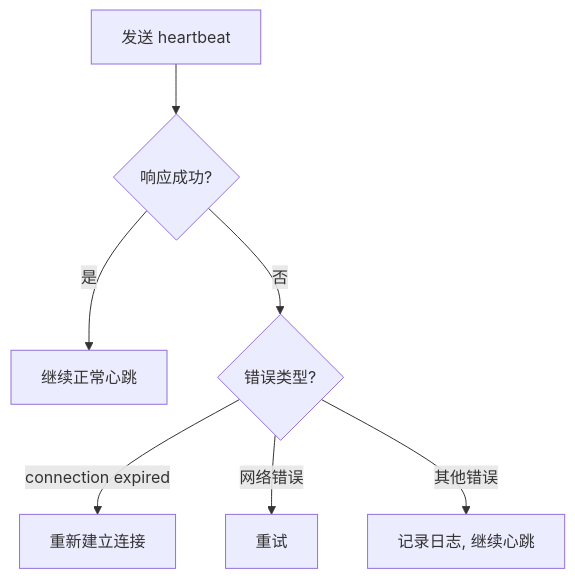
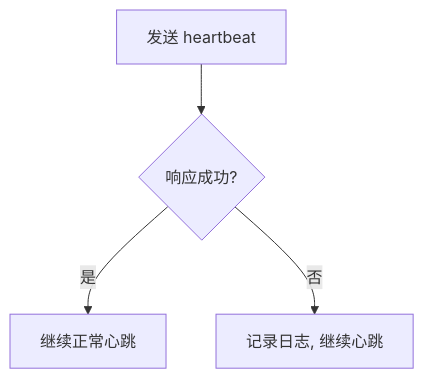
Before and after one commit to PineappleBond/xyncra-server: the fifth of 5 diagrams in wiki/flows/heartbeat.md, drawn with Mermaid. The commit also changed other lines of this file and 21 other files, not shown here.

````diff
--- a/wiki/flows/heartbeat.md
+++ b/wiki/flows/heartbeat.md
@@ -275,9 +289,6 @@
 ```mermaid
 flowchart TD
     A[发送 heartbeat] --> B{响应成功?}
     B -->|是| C[继续正常心跳]
-    B -->|否| D{错误类型?}
-    D -->|connection expired| E[重新建立连接]
-    D -->|网络错误| F[重试]
-    D -->|其他错误| G[记录日志, 继续心跳]
+    B -->|否| D[记录日志, 继续心跳]
 ```
````
